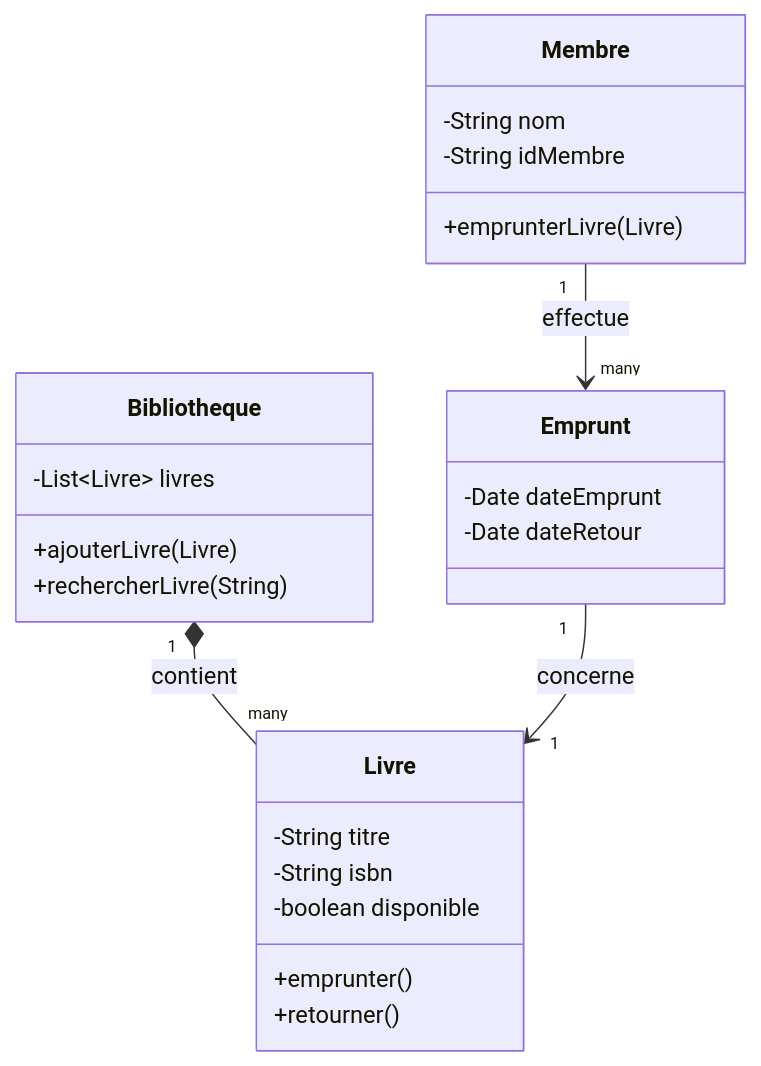
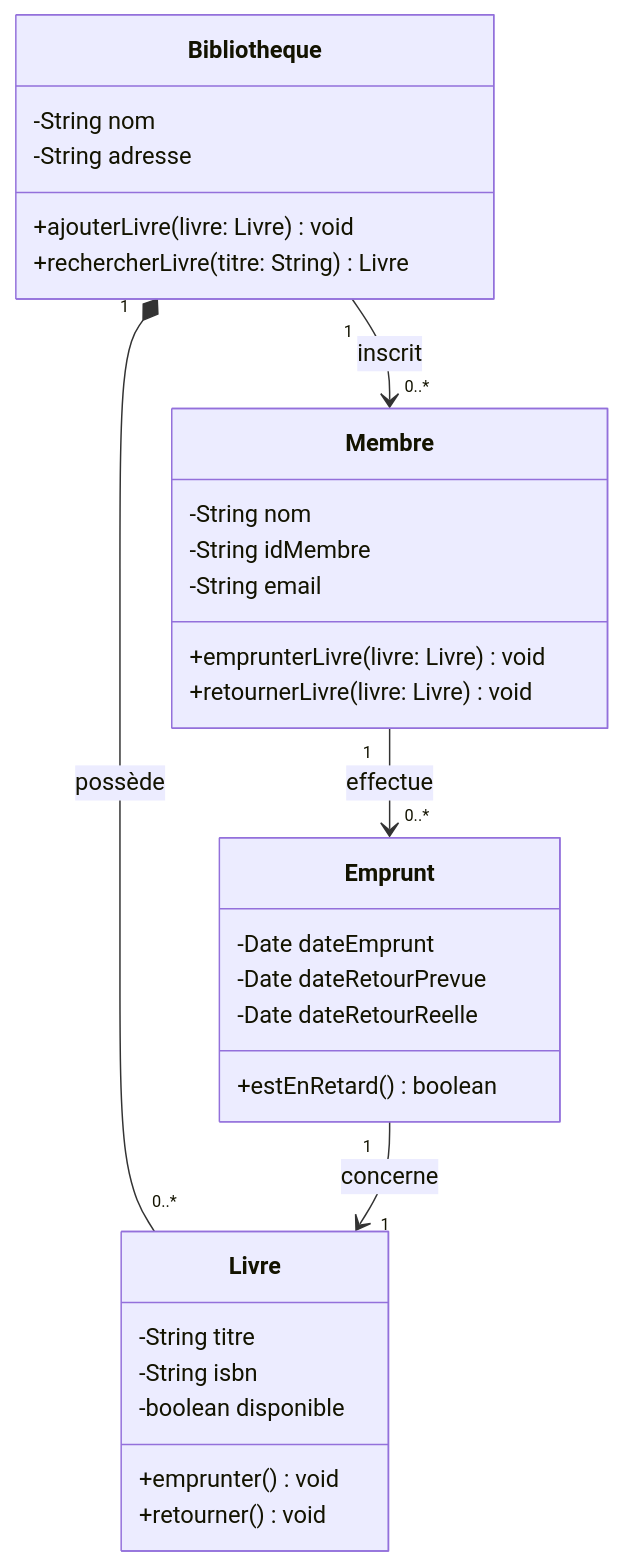
The ninth of 9 diagrams in 02-diagramme-classes/notes.md (JR-CIEL-2-PROGRAMMATION/uml-learning), drawn with Mermaid before and after one commit. The commit also changed other lines of this file and 5 other files, not shown here.

````diff
--- a/02-diagramme-classes/notes.md
+++ b/02-diagramme-classes/notes.md
@@ -89,31 +221,37 @@
 ```mermaid
 classDiagram
     class Livre {
         -String titre
         -String isbn
         -boolean disponible
-        +emprunter()
-        +retourner()
+        +emprunter() void
+        +retourner() void
     }
 
     class Membre {
         -String nom
         -String idMembre
-        +emprunterLivre(Livre)
+        -String email
+        +emprunterLivre(livre: Livre) void
+        +retournerLivre(livre: Livre) void
     }
 
     class Bibliotheque {
-        -List~Livre~ livres
-        +ajouterLivre(Livre)
-        +rechercherLivre(String)
+        -String nom
+        -String adresse
+        +ajouterLivre(livre: Livre) void
+        +rechercherLivre(titre: String) Livre
     }
 
     class Emprunt {
         -Date dateEmprunt
-        -Date dateRetour
+        -Date dateRetourPrevue
+        -Date dateRetourReelle
+        +estEnRetard() boolean
     }
 
-    Bibliotheque "1" *-- "many" Livre : contient
-    Membre "1" --> "many" Emprunt : effectue
+    Bibliotheque "1" *-- "0..*" Livre : possède
+    Membre "1" --> "0..*" Emprunt : effectue
     Emprunt "1" --> "1" Livre : concerne
+    Bibliotheque "1" --> "0..*" Membre : inscrit
 ```
````
